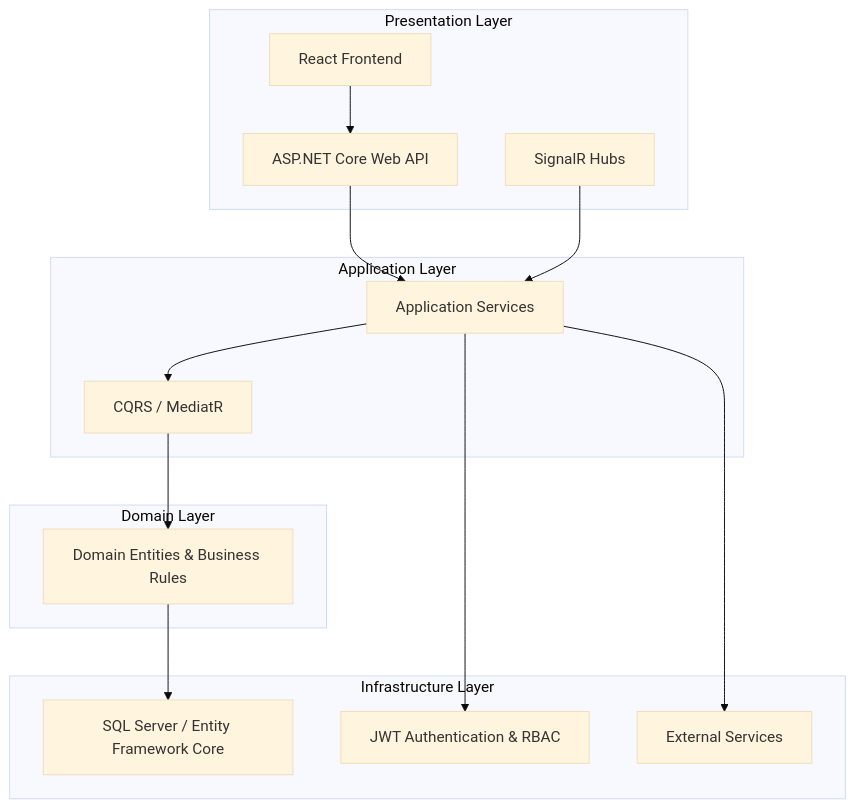
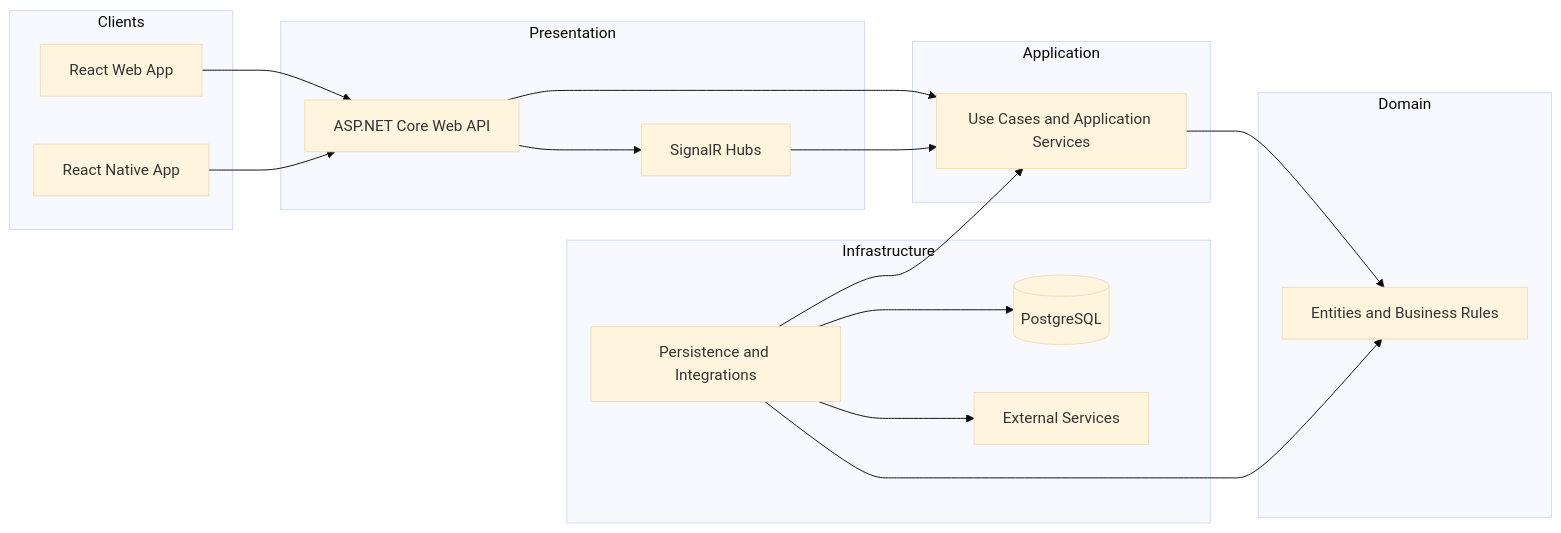
Before and after one commit to MUKHTIARSHAH/Ustaad360-Architecture: the diagram in README.md, drawn with Mermaid (base theme). The commit also changed other lines of this file, not shown here.

Commit message:
Correct Ustaad360 architecture documentation

````diff
--- a/README.md
+++ b/README.md
@@ -40,32 +40,37 @@
 ```mermaid
-graph TD
-    subgraph Presentation Layer
-        API[ASP.NET Core Web API]
-        WEB[React Frontend]
-        HUB[SignalR Hubs]
+flowchart LR
+    subgraph Clients
+        WEB[React Web App]
+        MOBILE[React Native App]
     end
 
-    subgraph Application Layer
-        APP[Application Services]
-        CQRS[CQRS / MediatR]
+    subgraph Presentation
+        API[ASP.NET Core Web API]
+        HUBS[SignalR Hubs]
     end
 
-    subgraph Domain Layer
-        DOMAIN[Domain Entities & Business Rules]
+    subgraph Application
+        APP[Use Cases and Application Services]
     end
 
-    subgraph Infrastructure Layer
-        DB[SQL Server / Entity Framework Core]
-        AUTH[JWT Authentication & RBAC]
+    subgraph Domain
+        DOMAIN[Entities and Business Rules]
+    end
+
+    subgraph Infrastructure
+        INFRA[Persistence and Integrations]
+        DB[(PostgreSQL)]
         EXT[External Services]
     end
 
     WEB --> API
+    MOBILE --> API
     API --> APP
-    HUB --> APP
-    APP --> CQRS
-    CQRS --> DOMAIN
-    DOMAIN --> DB
-    APP --> AUTH
-    APP --> EXT
+    API --> HUBS
+    HUBS --> APP
+    APP --> DOMAIN
+    INFRA --> APP
+    INFRA --> DOMAIN
+    INFRA --> DB
+    INFRA --> EXT
 ```
````
